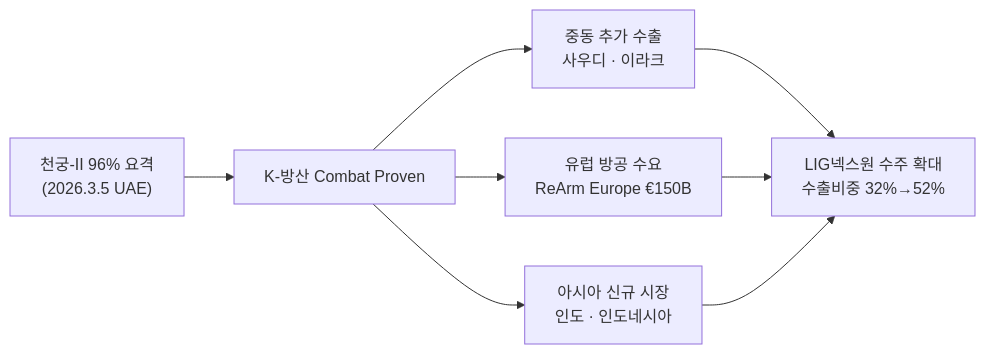
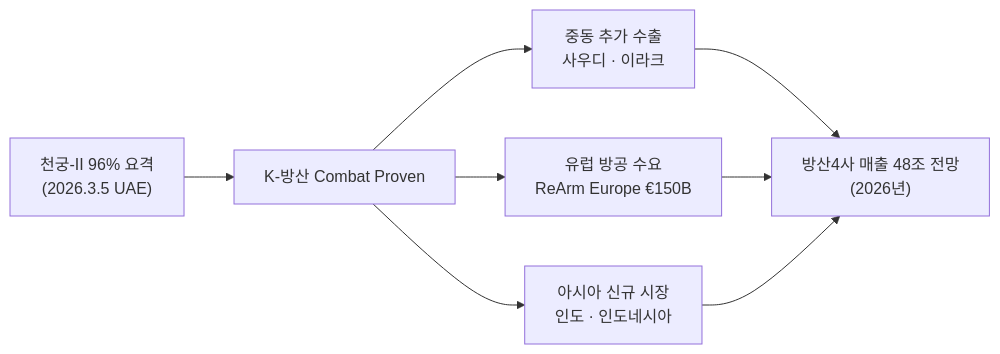
The third of 7 diagrams in _posts/knowledge/invest/2026-03-07-defense-space-sector-outlook-2026.md (dss99911/dss99911.github.io), drawn with Mermaid before and after one commit. The commit also changed other lines of this file and 4 other files, not shown here.

````diff
--- a/_posts/knowledge/invest/2026-03-07-defense-space-sector-outlook-2026.md
+++ b/_posts/knowledge/invest/2026-03-07-defense-space-sector-outlook-2026.md
@@ -71,10 +117,10 @@
 ```mermaid
 graph LR
     A["천궁-II 96% 요격<br/>(2026.3.5 UAE)"] --> B["K-방산 Combat Proven"]
     B --> C["중동 추가 수출<br/>사우디 · 이라크"]
-    B --> D["유럽 방공 수요<br/>ReArm Europe €150B"]
+    B --> D["유럽 방공 수요<br/>ReArm Europe &euro;150B"]
     B --> E["아시아 신규 시장<br/>인도 · 인도네시아"]
-    C --> F["LIG넥스원 수주 확대<br/>수출비중 32%→52%"]
+    C --> F["방산4사 매출 48조 전망<br/>(2026년)"]
     D --> F
     E --> F
 ```
````
